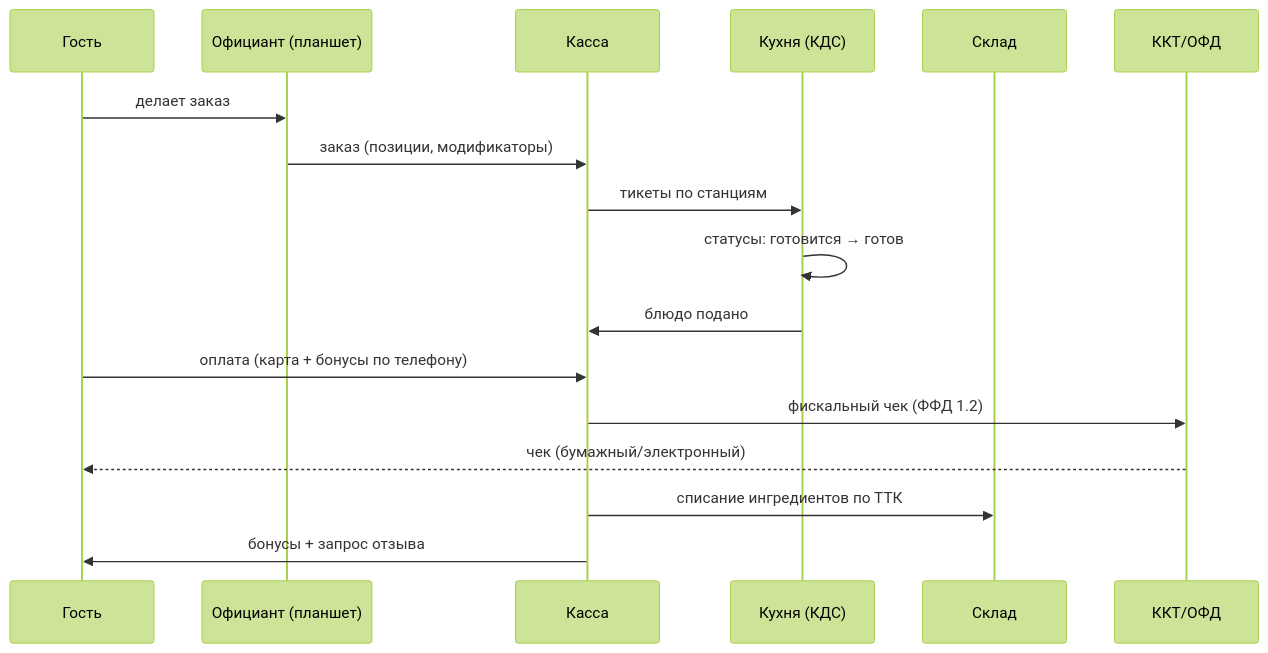
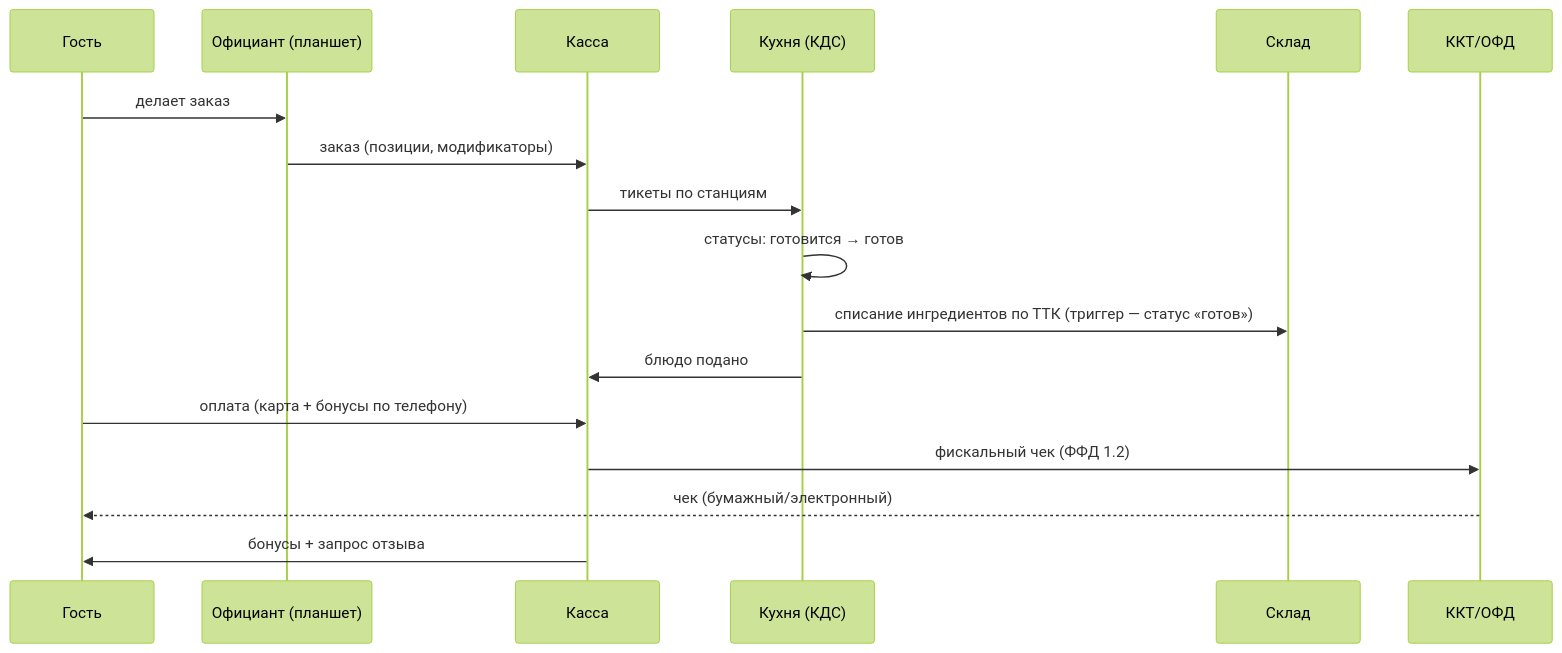
The first of 8 diagrams in docs/research/specs/02-processes.md (bestdeejay-design/lovii-crm), drawn with Mermaid (forest theme) before and after one commit. The commit also changed other lines of this file and 70 other files, not shown here.

````diff
--- a/docs/research/specs/02-processes.md
+++ b/docs/research/specs/02-processes.md
@@ -7,20 +9,20 @@
 ```mermaid
 sequenceDiagram
     participant Гость
     participant Официант (планшет)
     participant Касса
     participant Кухня (КДС)
     participant Склад
     participant ККТ/ОФД
 
     Гость->>Официант (планшет): делает заказ
     Официант (планшет)->>Касса: заказ (позиции, модификаторы)
     Касса->>Кухня (КДС): тикеты по станциям
     Кухня (КДС)->>Кухня (КДС): статусы: готовится → готов
+    Кухня (КДС)->>Склад: списание ингредиентов по ТТК (триггер — статус «готов»)
     Кухня (КДС)->>Касса: блюдо подано
     Гость->>Касса: оплата (карта + бонусы по телефону)
     Касса->>ККТ/ОФД: фискальный чек (ФФД 1.2)
     ККТ/ОФД-->>Гость: чек (бумажный/электронный)
-    Касса->>Склад: списание ингредиентов по ТТК
     Касса->>Гость: бонусы + запрос отзыва
 ```
````
